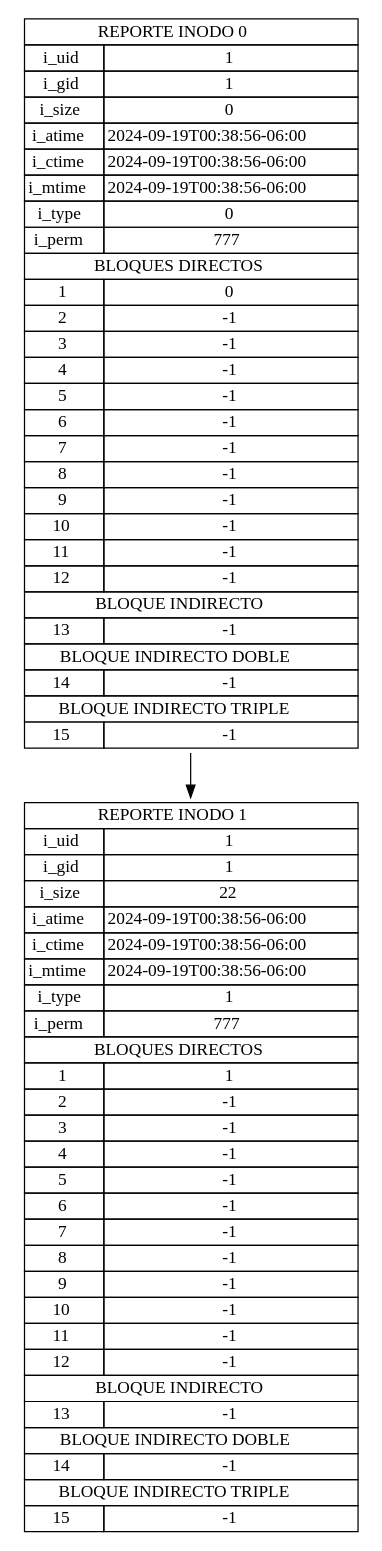
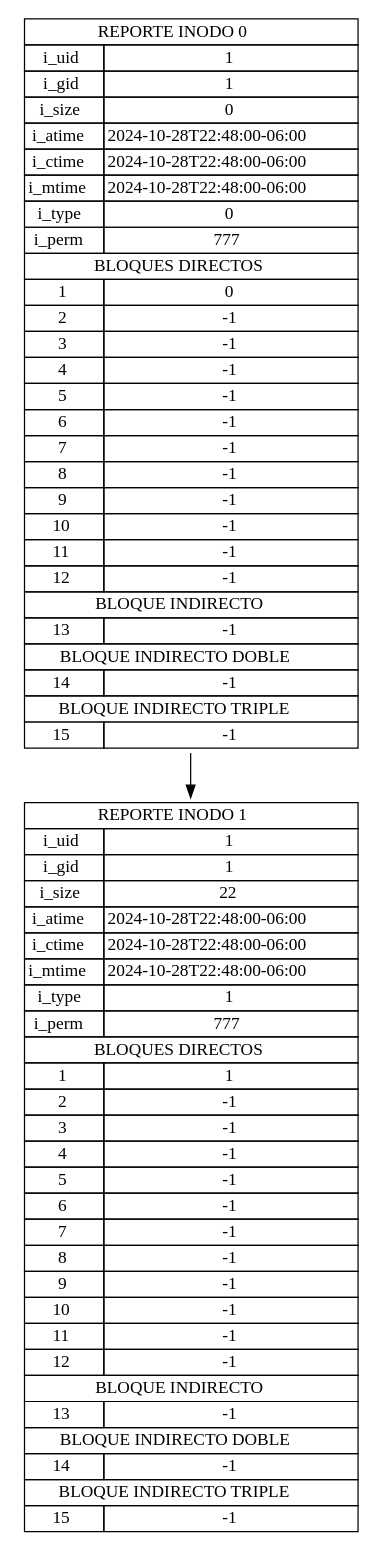
Before and after one commit to FJVicVel03/MIA_2S_P1_202111576: the diagram in PROYECTO/backend/salidas/report_inode.dot, drawn with Graphviz. The commit also changed 10 other files, not shown here.

```diff
--- a/PROYECTO/backend/salidas/report_inode.dot
+++ b/PROYECTO/backend/salidas/report_inode.dot
@@ -1,44 +1,44 @@
 digraph G {
         node [shape=plaintext]
     inode0 [label=<
             <table border="0" cellborder="1" cellspacing="0">
                 <tr><td colspan="2"> REPORTE INODO 0 </td></tr>
                 <tr><td>i_uid</td><td>1</td></tr>
                 <tr><td>i_gid</td><td>1</td></tr>
                 <tr><td>i_size</td><td>0</td></tr>
-                <tr><td>i_atime</td><td>2024-09-19T00:38:56-06:00</td></tr>
-                <tr><td>i_ctime</td><td>2024-09-19T00:38:56-06:00</td></tr>
-                <tr><td>i_mtime</td><td>2024-09-19T00:38:56-06:00</td></tr>
+                <tr><td>i_atime</td><td>2024-10-28T22:48:00-06:00</td></tr>
+                <tr><td>i_ctime</td><td>2024-10-28T22:48:00-06:00</td></tr>
+                <tr><td>i_mtime</td><td>2024-10-28T22:48:00-06:00</td></tr>
                 <tr><td>i_type</td><td>0</td></tr>
                 <tr><td>i_perm</td><td>777</td></tr>
                 <tr><td colspan="2">BLOQUES DIRECTOS</td></tr>
             <tr><td>1</td><td>0</td></tr><tr><td>2</td><td>-1</td></tr><tr><td>3</td><td>-1</td></tr><tr><td>4</td><td>-1</td></tr><tr><td>5</td><td>-1</td></tr><tr><td>6</td><td>-1</td></tr><tr><td>7</td><td>-1</td></tr><tr><td>8</td><td>-1</td></tr><tr><td>9</td><td>-1</td></tr><tr><td>10</td><td>-1</td></tr><tr><td>11</td><td>-1</td></tr><tr><td>12</td><td>-1</td></tr>
                 <tr><td colspan="2">BLOQUE INDIRECTO</td></tr>
                 <tr><td>13</td><td>-1</td></tr>
                 <tr><td colspan="2">BLOQUE INDIRECTO DOBLE</td></tr>
                 <tr><td>14</td><td>-1</td></tr>
                 <tr><td colspan="2">BLOQUE INDIRECTO TRIPLE</td></tr>
                 <tr><td>15</td><td>-1</td></tr>
             </table>>];
         inode0 -> inode1;
 inode1 [label=<
             <table border="0" cellborder="1" cellspacing="0">
                 <tr><td colspan="2"> REPORTE INODO 1 </td></tr>
                 <tr><td>i_uid</td><td>1</td></tr>
                 <tr><td>i_gid</td><td>1</td></tr>
                 <tr><td>i_size</td><td>22</td></tr>
-                <tr><td>i_atime</td><td>2024-09-19T00:38:56-06:00</td></tr>
-                <tr><td>i_ctime</td><td>2024-09-19T00:38:56-06:00</td></tr>
-                <tr><td>i_mtime</td><td>2024-09-19T00:38:56-06:00</td></tr>
+                <tr><td>i_atime</td><td>2024-10-28T22:48:00-06:00</td></tr>
+                <tr><td>i_ctime</td><td>2024-10-28T22:48:00-06:00</td></tr>
+                <tr><td>i_mtime</td><td>2024-10-28T22:48:00-06:00</td></tr>
                 <tr><td>i_type</td><td>1</td></tr>
                 <tr><td>i_perm</td><td>777</td></tr>
                 <tr><td colspan="2">BLOQUES DIRECTOS</td></tr>
             <tr><td>1</td><td>1</td></tr><tr><td>2</td><td>-1</td></tr><tr><td>3</td><td>-1</td></tr><tr><td>4</td><td>-1</td></tr><tr><td>5</td><td>-1</td></tr><tr><td>6</td><td>-1</td></tr><tr><td>7</td><td>-1</td></tr><tr><td>8</td><td>-1</td></tr><tr><td>9</td><td>-1</td></tr><tr><td>10</td><td>-1</td></tr><tr><td>11</td><td>-1</td></tr><tr><td>12</td><td>-1</td></tr>
                 <tr><td colspan="2">BLOQUE INDIRECTO</td></tr>
                 <tr><td>13</td><td>-1</td></tr>
                 <tr><td colspan="2">BLOQUE INDIRECTO DOBLE</td></tr>
                 <tr><td>14</td><td>-1</td></tr>
                 <tr><td colspan="2">BLOQUE INDIRECTO TRIPLE</td></tr>
                 <tr><td>15</td><td>-1</td></tr>
             </table>>];
         }
```
